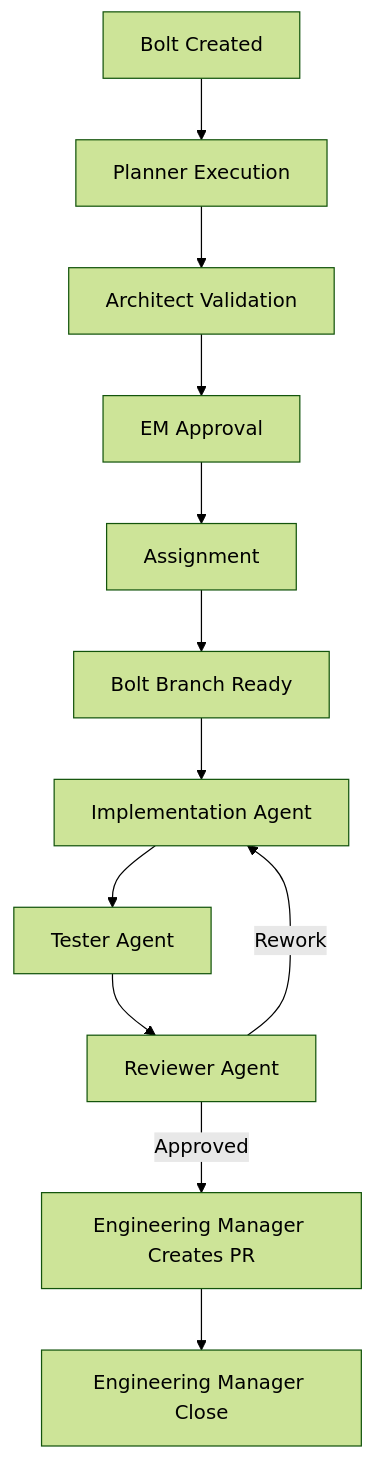
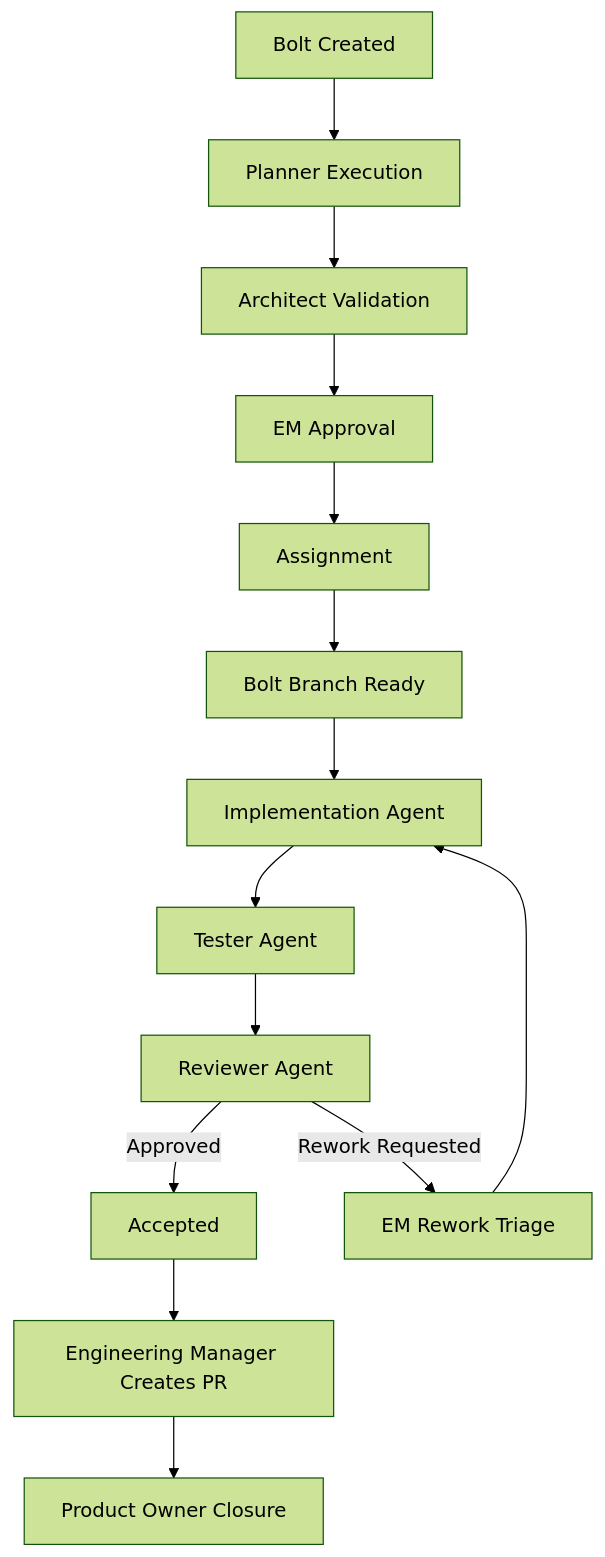
One commit to fr4gus/ai-engineering-framework-poc changed the first of 2 diagrams in docs/015-bolt-runtime-protocol.md. Above: the diagram before and after it, drawn with Mermaid (forest theme). The commit also changed other lines of this file and 112 other files, not shown here.

````diff
--- a/docs/015-bolt-runtime-protocol.md
+++ b/docs/015-bolt-runtime-protocol.md
@@ -40,18 +40,20 @@
 ```mermaid
 flowchart TD
 
 BOLT[Bolt Created] --> PLANNER[Planner Execution]
 PLANNER --> ARCH[Architect Validation]
 ARCH --> EM_APPROVAL[EM Approval]
 
 EM_APPROVAL --> ASSIGN[Assignment]
 
 ASSIGN --> BRANCH[Bolt Branch Ready]
 BRANCH --> DEV[Implementation Agent]
 DEV --> TESTER[Tester Agent]
 TESTER --> REVIEWER[Reviewer Agent]
 
-REVIEWER -->|Approved| EM_PR[Engineering Manager Creates PR]
-EM_PR --> EM_CLOSE[Engineering Manager Close]
-REVIEWER -->|Rework| DEV
+REVIEWER -->|Approved| ACCEPTED[Accepted]
+ACCEPTED --> EM_PR[Engineering Manager Creates PR]
+EM_PR --> PO_CLOSE[Product Owner Closure]
+REVIEWER -->|Rework Requested| EM_REWORK[EM Rework Triage]
+EM_REWORK --> DEV
 ```
````
